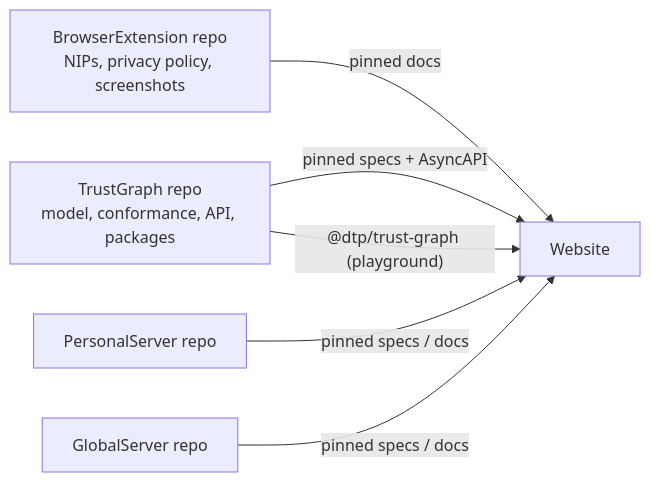
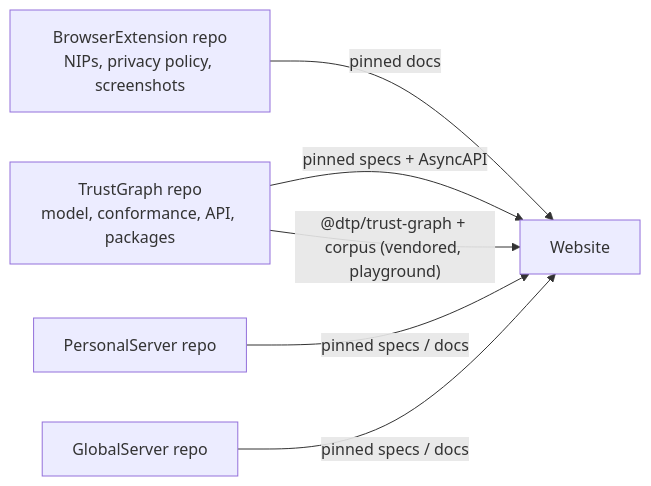
Before and after one commit to DigitalTrustProtocol/Website: the diagram in README.md, drawn with Mermaid. The commit also changed other lines of this file and 16 other files, not shown here.

First line of the commit message:
Run the playground on @dtp/trust-graph with corpus scenarios (W3)

````diff
--- a/README.md
+++ b/README.md
@@ -21,13 +21,13 @@
 ```mermaid
 flowchart LR
   ext["BrowserExtension repo<br/>NIPs, privacy policy, screenshots"]
   tg["TrustGraph repo<br/>model, conformance, API, packages"]
   ps["PersonalServer repo"]
   gs["GlobalServer repo"]
   web["Website"]
   ext -- "pinned docs" --> web
   tg -- "pinned specs + AsyncAPI" --> web
-  tg -- "@dtp/trust-graph (playground)" --> web
+  tg -- "@dtp/trust-graph + corpus (vendored, playground)" --> web
   ps -- "pinned specs / docs" --> web
   gs -- "pinned specs / docs" --> web
 ```
````
